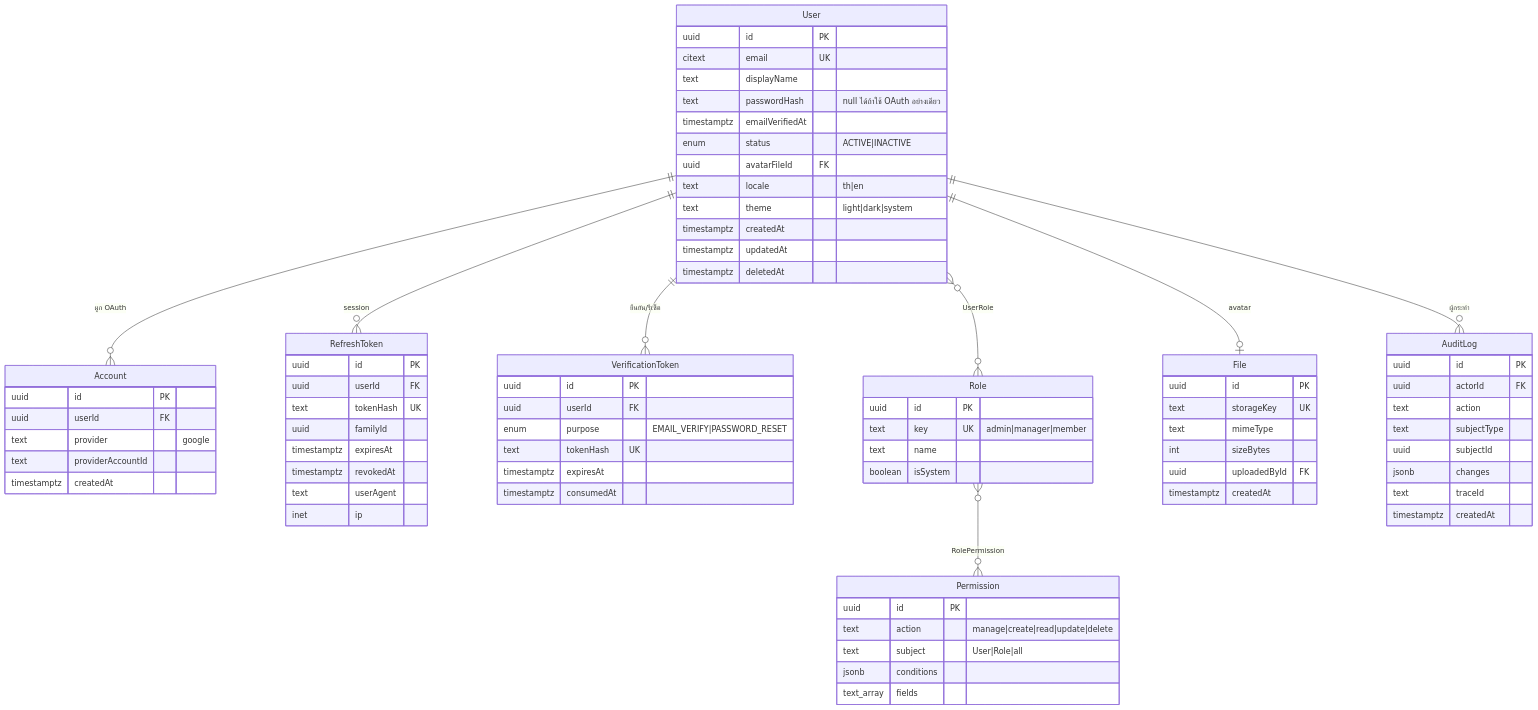
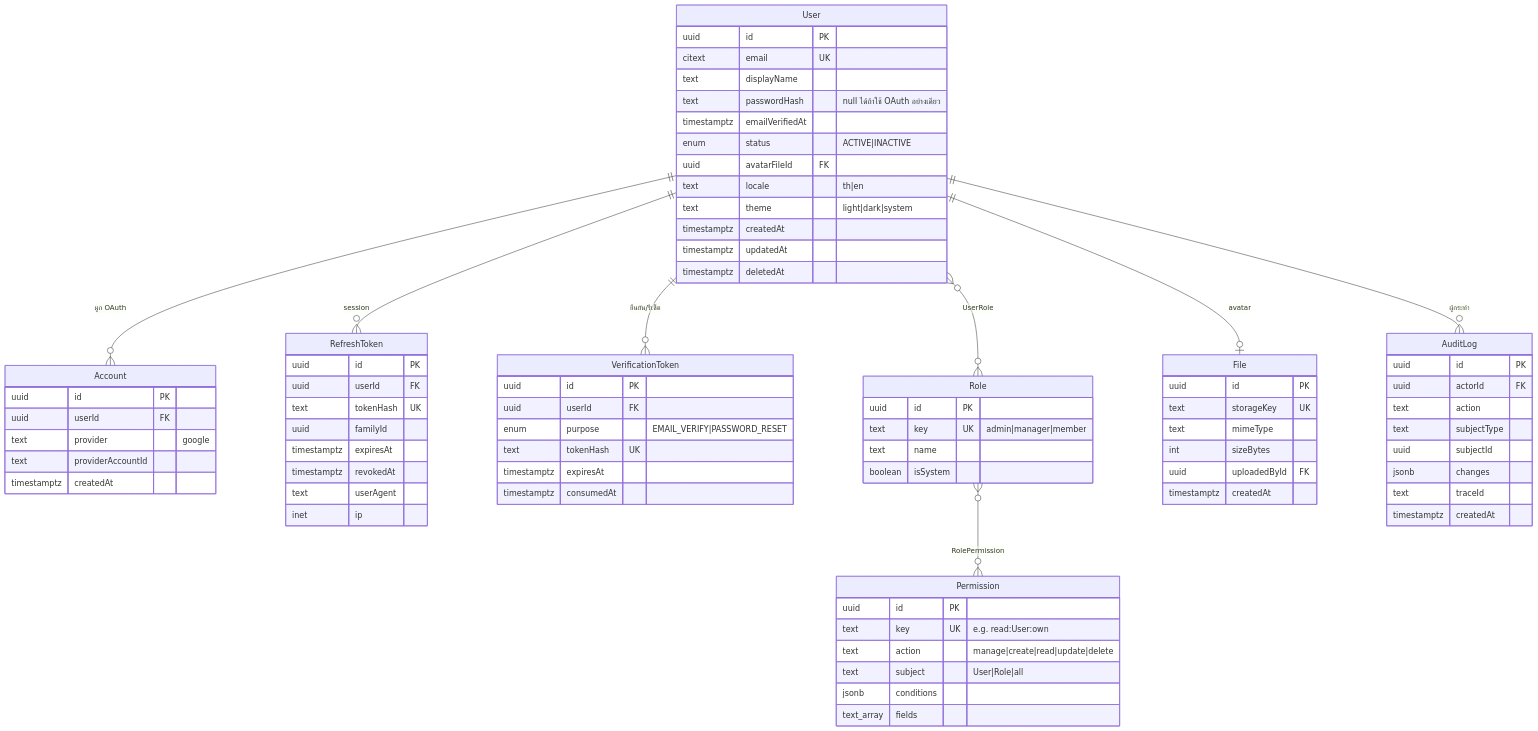
One commit to bk-engineering/app-platform changed the first of 2 diagrams in apps/docs/architecture/data-model.md. Above: the diagram before and after it, drawn with Mermaid. The commit also changed other lines of this file and 56 other files, not shown here.

```diff
--- a/apps/docs/architecture/data-model.md
+++ b/apps/docs/architecture/data-model.md
@@ -74,6 +74,7 @@
 
   Permission {
     uuid id PK
+    text key UK "e.g. read:User:own"
     text action "manage|create|read|update|delete"
     text subject "User|Role|all"
     jsonb conditions
```
